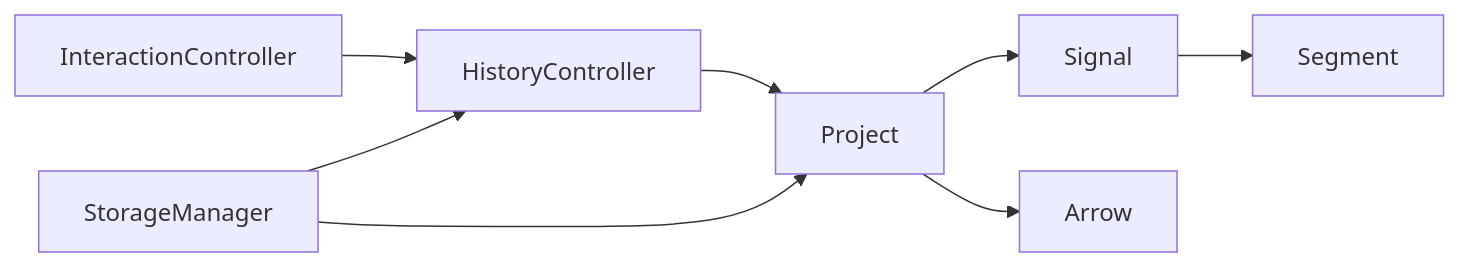
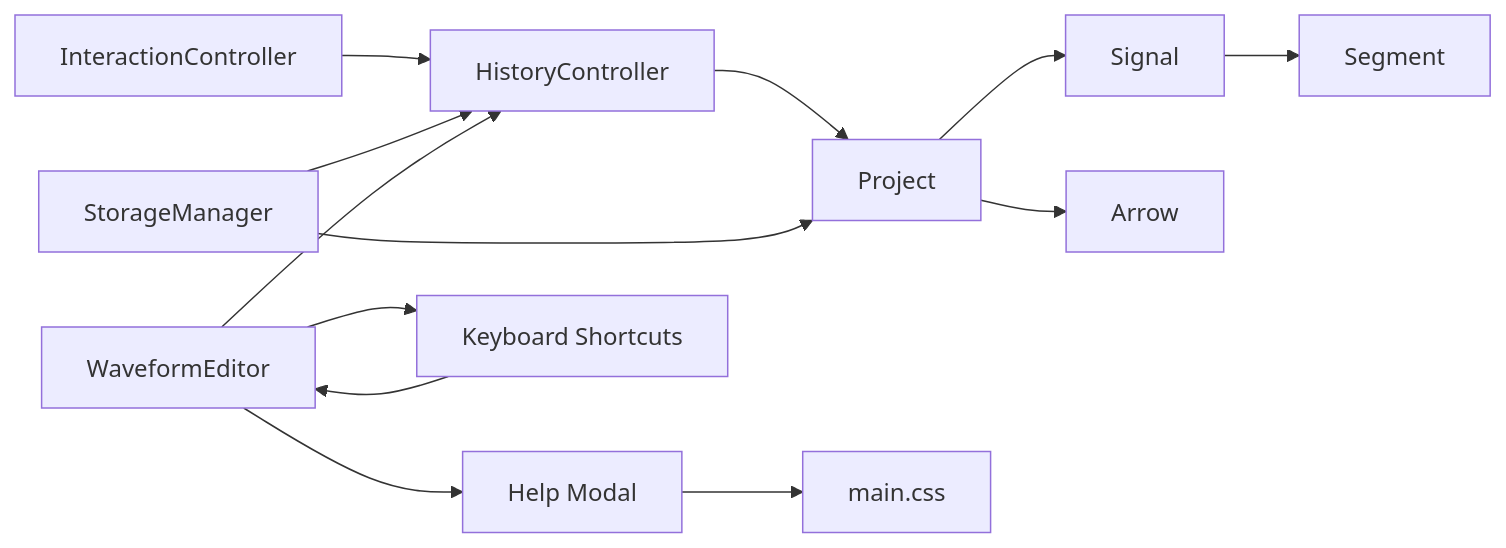
Before and after one commit to nht123456/waveform-editor: the eighth of 8 diagrams in .qoder/repowiki/zh/content/交互控制系统/历史撤销重做.md, drawn with Mermaid. The commit also changed other lines of this file and 12 other files, not shown here.

````diff
--- a/.qoder/repowiki/zh/content/交互控制系统/历史撤销重做.md
+++ b/.qoder/repowiki/zh/content/交互控制系统/历史撤销重做.md
@@ -349,10 +434,15 @@
 ```mermaid
 graph LR
 IC["InteractionController"] --> HC["HistoryController"]
 HC --> PJ["Project"]
 PJ --> SG["Signal"]
 SG --> SM["Segment"]
 PJ --> AR["Arrow"]
 ST["StorageManager"] --> PJ
 ST --> HC
+WE["WaveformEditor"] --> HC
+WE --> HM["Help Modal"]
+WE --> KS["Keyboard Shortcuts"]
+HM --> CSS["main.css"]
+KS --> WE
 ```
````
